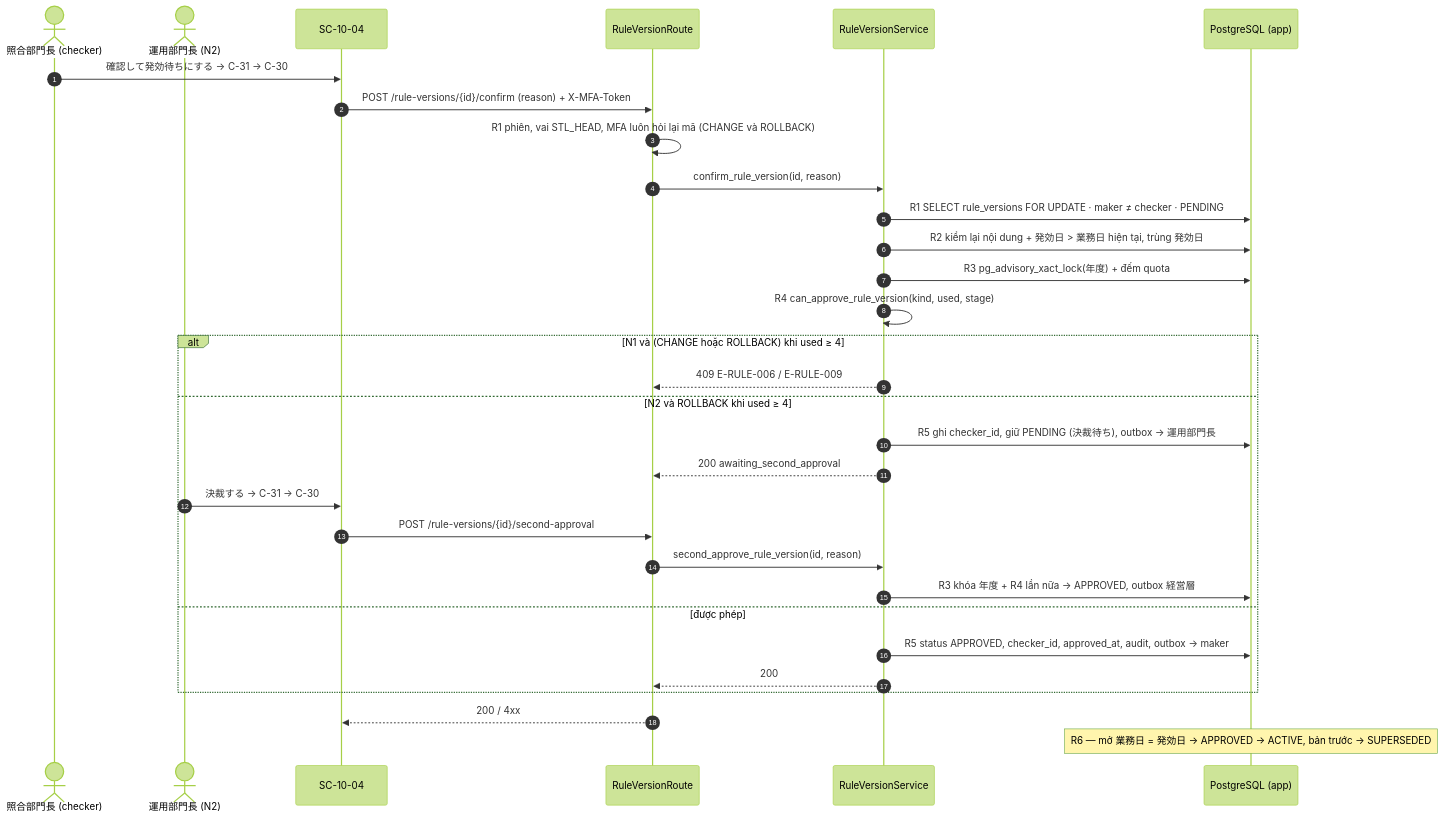
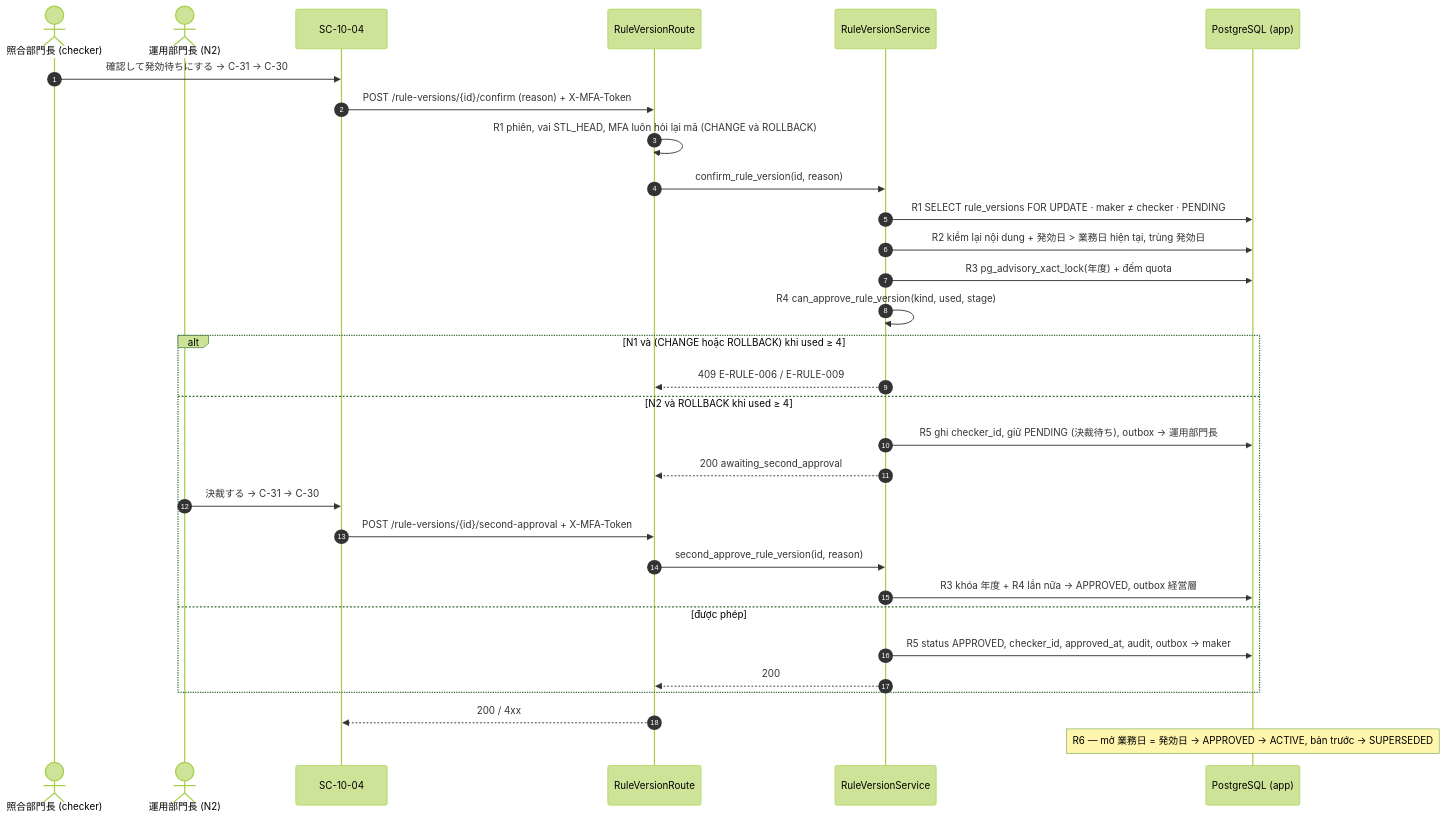
The diagram in specs/rule/technical-design/RULE_VERSION_TECH.md (phuongnnm-23344/lab-wholesale-market), drawn with Mermaid (forest theme) before and after one commit. The commit also changed other lines of this file and 24 other files, not shown here.

````diff
--- a/specs/rule/technical-design/RULE_VERSION_TECH.md
+++ b/specs/rule/technical-design/RULE_VERSION_TECH.md
@@ -44,34 +45,34 @@
 ```mermaid
 sequenceDiagram
     autonumber
     actor C as 照合部門長 (checker)
     actor O as 運用部門長 (N2)
     participant FE as SC-10-04
     participant API as RuleVersionRoute
     participant SVC as RuleVersionService
     participant DB as PostgreSQL (app)
 
     C->>FE: 確認して発効待ちにする → C-31 → C-30
     FE->>API: POST /rule-versions/{id}/confirm (reason) + X-MFA-Token
     API->>API: R1 phiên, vai STL_HEAD, MFA luôn hỏi lại mã (CHANGE và ROLLBACK)
     API->>SVC: confirm_rule_version(id, reason)
     SVC->>DB: R1 SELECT rule_versions FOR UPDATE · maker ≠ checker · PENDING
     SVC->>DB: R2 kiểm lại nội dung + 発効日 > 業務日 hiện tại, trùng 発効日
     SVC->>DB: R3 pg_advisory_xact_lock(年度) + đếm quota
     SVC->>SVC: R4 can_approve_rule_version(kind, used, stage)
     alt N1 và (CHANGE hoặc ROLLBACK) khi used ≥ 4
         SVC-->>API: 409 E-RULE-006 / E-RULE-009
     else N2 và ROLLBACK khi used ≥ 4
         SVC->>DB: R5 ghi checker_id, giữ PENDING (決裁待ち), outbox → 運用部門長
         SVC-->>API: 200 awaiting_second_approval
         O->>FE: 決裁する → C-31 → C-30
-        FE->>API: POST /rule-versions/{id}/second-approval
+        FE->>API: POST /rule-versions/{id}/second-approval + X-MFA-Token
         API->>SVC: second_approve_rule_version(id, reason)
         SVC->>DB: R3 khóa 年度 + R4 lần nữa → APPROVED, outbox 経営層
     else được phép
         SVC->>DB: R5 status APPROVED, checker_id, approved_at, audit, outbox → maker
         SVC-->>API: 200
     end
     API-->>FE: 200 / 4xx
     Note over DB: R6 — mở 業務日 = 発効日 → APPROVED → ACTIVE, bản trước → SUPERSEDED
 ```
````
